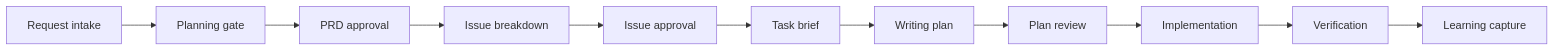
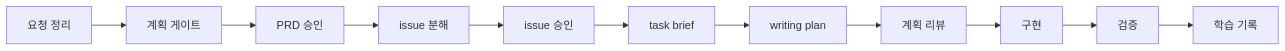
One commit to vibedong/jjamppong-harness changed the diagram in README.md. Above: the diagram before and after it, drawn with Mermaid. The commit also changed other lines of this file, not shown here.

````diff
--- a/README.md
+++ b/README.md
@@ -40,13 +40,13 @@
 ```mermaid
 flowchart LR
-  A["Request intake"] --> B["Planning gate"]
-  B --> C["PRD approval"]
-  C --> D["Issue breakdown"]
-  D --> E["Issue approval"]
-  E --> F["Task brief"]
-  F --> G["Writing plan"]
-  G --> H["Plan review"]
-  H --> I["Implementation"]
-  I --> J["Verification"]
-  J --> K["Learning capture"]
+  A["요청 정리"] --> B["계획 게이트"]
+  B --> C["PRD 승인"]
+  C --> D["issue 분해"]
+  D --> E["issue 승인"]
+  E --> F["task brief"]
+  F --> G["writing plan"]
+  G --> H["계획 리뷰"]
+  H --> I["구현"]
+  I --> J["검증"]
+  J --> K["학습 기록"]
 ```
````
